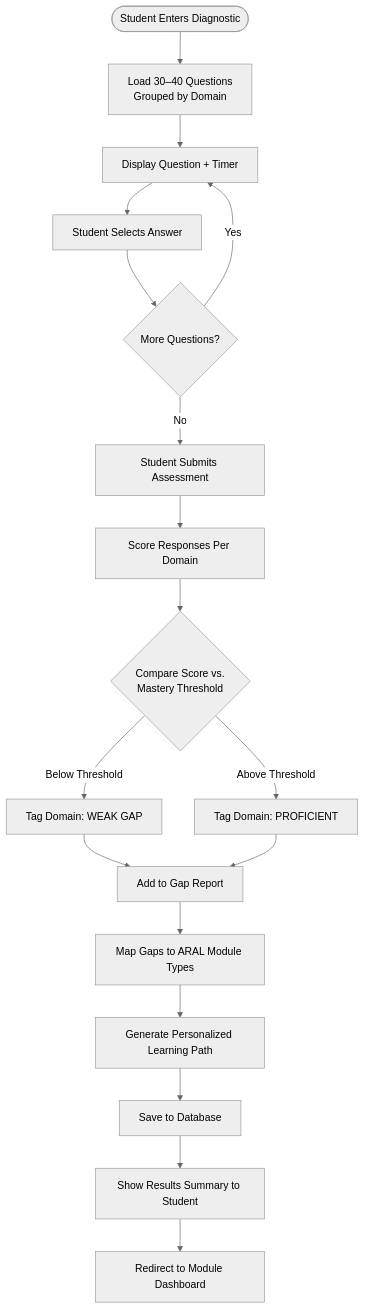
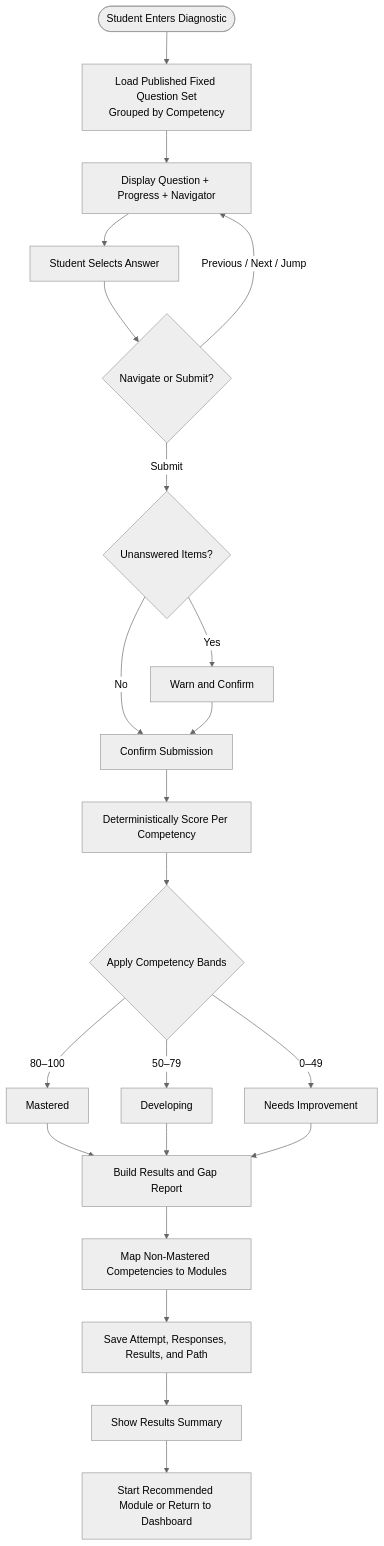
Before and after one commit to MathSmart-Systems/MathSmart-AI-Powered-Interactice-Learning-System: the fourth of 12 diagrams in docs/DIAGRAMS.md, drawn with Mermaid (neutral theme). The commit also changed other lines of this file and 108 other files, not shown here.

````diff
--- a/docs/DIAGRAMS.md
+++ b/docs/DIAGRAMS.md
@@ -99,20 +149,22 @@
 ```mermaid
 flowchart TD
-    A([Student Enters Diagnostic]) --> B[Load 30–40 Questions\nGrouped by Domain]
-    B --> C[Display Question + Timer]
+    A([Student Enters Diagnostic]) --> B[Load Published Fixed Question Set\nGrouped by Competency]
+    B --> C[Display Question + Progress + Navigator]
     C --> D[Student Selects Answer]
-    D --> E{More Questions?}
-    E -->|Yes| C
-    E -->|No| F[Student Submits Assessment]
-    F --> G[Score Responses Per Domain]
-    G --> H{Compare Score vs.\nMastery Threshold}
-    H -->|Below Threshold| I[Tag Domain: WEAK GAP]
-    H -->|Above Threshold| J[Tag Domain: PROFICIENT]
-    I --> K[Add to Gap Report]
-    J --> K
-    K --> L[Map Gaps to ARAL Module Types]
-    L --> M[Generate Personalized Learning Path]
-    M --> N[Save to Database]
-    N --> O[Show Results Summary to Student]
-    O --> P[Redirect to Module Dashboard]
+    D --> E{Navigate or Submit?}
+    E -->|Previous / Next / Jump| C
+    E -->|Submit| F{Unanswered Items?}
+    F -->|Yes| G[Warn and Confirm]
+    F -->|No| H[Confirm Submission]
+    G --> H
+    H --> I[Deterministically Score Per Competency]
+    I --> J{Apply Competency Bands}
+    J -->|80–100| K[Mastered]
+    J -->|50–79| L[Developing]
+    J -->|0–49| M[Needs Improvement]
+    K & L & M --> N[Build Results and Gap Report]
+    N --> O[Map Non-Mastered Competencies to Modules]
+    O --> P[Save Attempt, Responses, Results, and Path]
+    P --> Q[Show Results Summary]
+    Q --> R[Start Recommended Module or Return to Dashboard]
 ```
````
